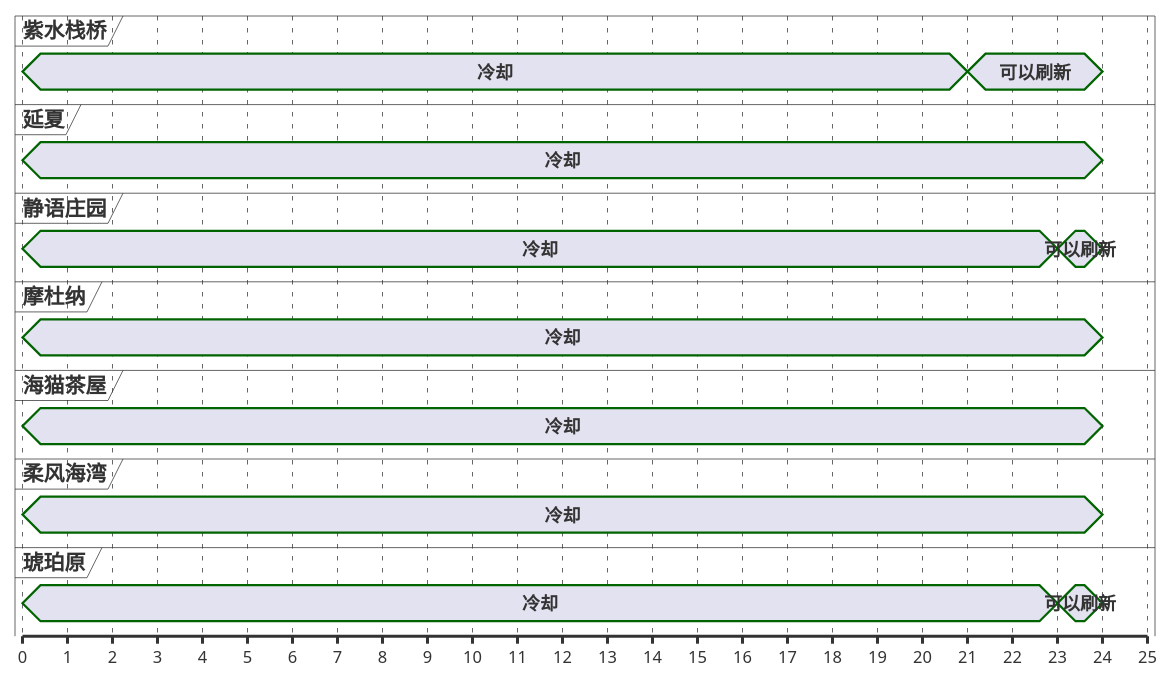
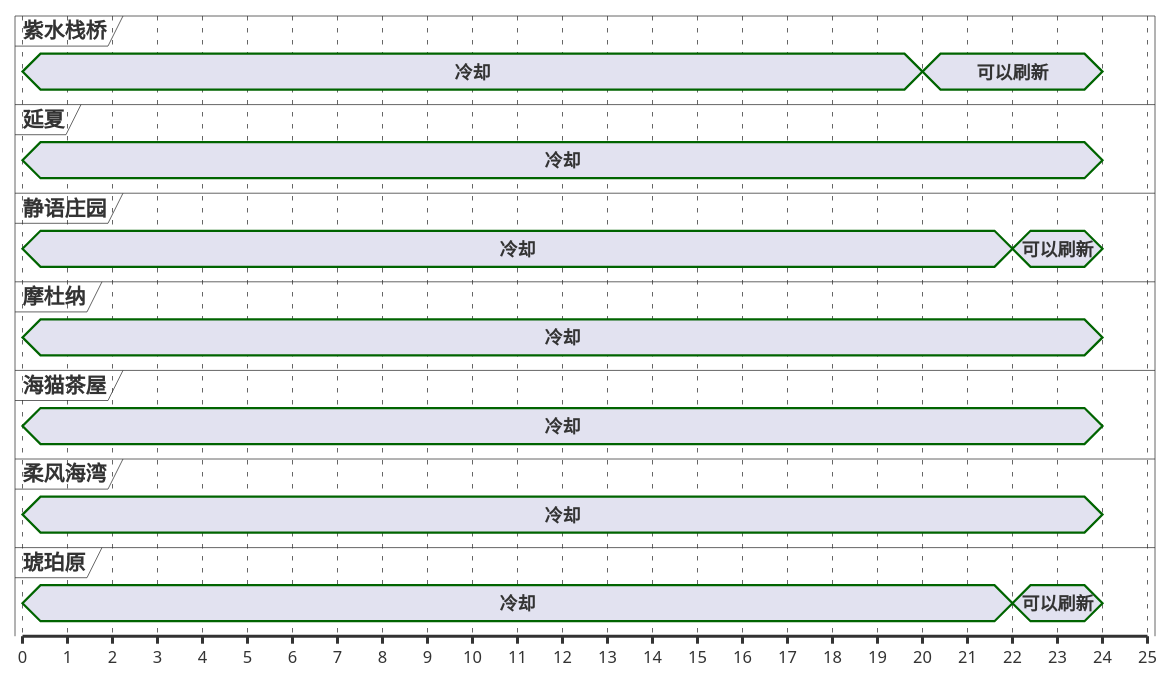
The third of 13 diagrams in ffxiv/hunt/2.0/Bonnacon.md (Eroleice/doc-pi), drawn with PlantUML before and after one commit. The commit also changed other lines of this file and 38 other files, not shown here.

````diff
--- a/ffxiv/hunt/2.0/Bonnacon.md
+++ b/ffxiv/hunt/2.0/Bonnacon.md
@@ -138,45 +138,45 @@
 ```plantuml
 @startuml
 scale 1 as 30 pixels
 
 concise 紫水栈桥
 concise 延夏
 concise 静语庄园
 concise 摩杜纳
 concise 海猫茶屋
 concise 柔风海湾
 concise 琥珀原
 
 @紫水栈桥
 0 is 冷却
-21 is 可以刷新
+20 is 可以刷新
 24 is {hidden}
 
 @海猫茶屋
 0 is 冷却
 24 is {hidden}
 
 @柔风海湾
 0 is 冷却
 24 is {hidden}
 
 @静语庄园
 0 is 冷却
-23 is 可以刷新
+22 is 可以刷新
 24 is {hidden}
 
 @琥珀原
 0 is 冷却
-23 is 可以刷新
+22 is 可以刷新
 24 is {hidden}
 
 @延夏
 0 is 冷却
 24 is {hidden}
 
 @摩杜纳
 0 is 冷却
 24 is {hidden}
 
 @enduml
 ```
````
